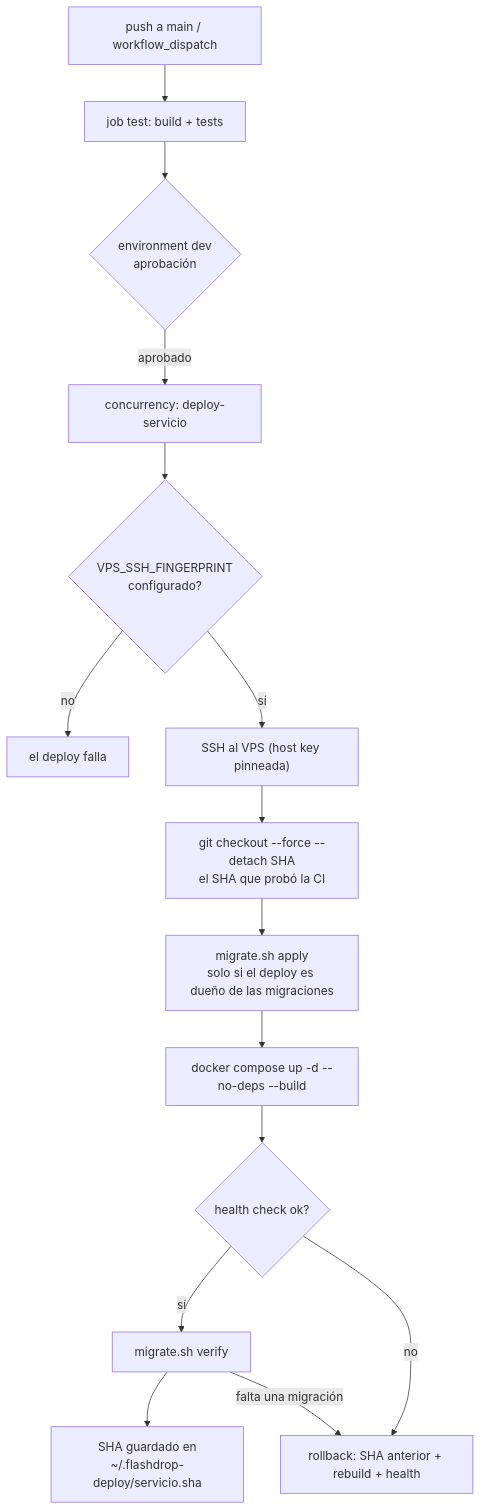
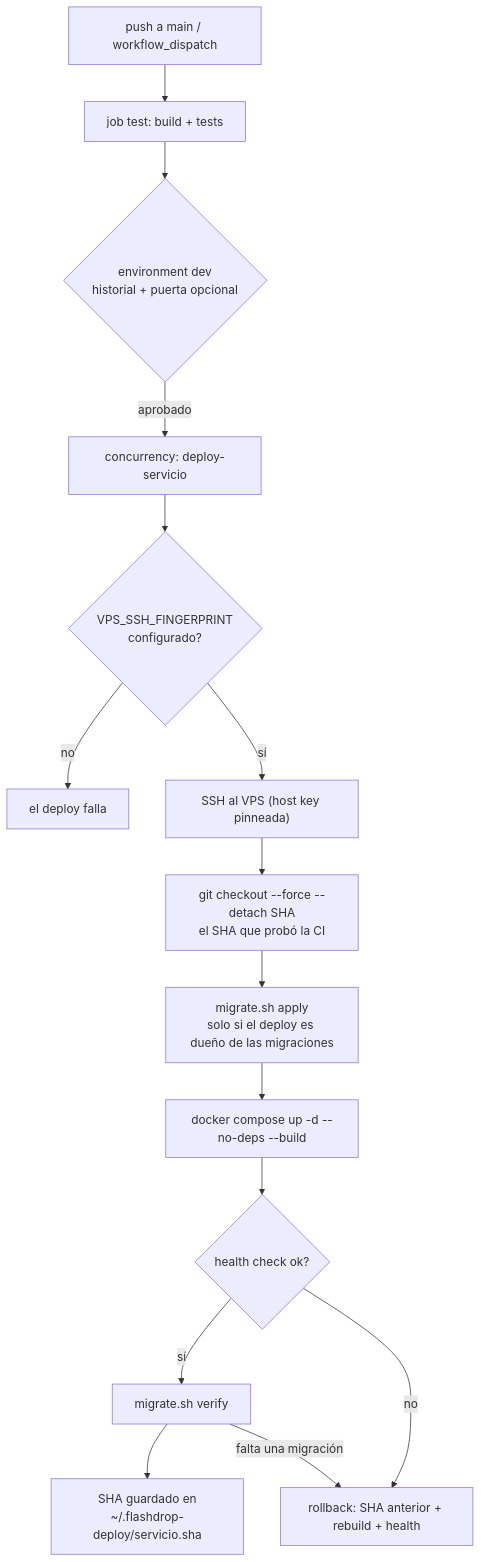
Before and after one commit to GessofDev/Flashdrop: the diagram in docs/deploy.md, drawn with Mermaid. The commit also changed other lines of this file and 4 other files, not shown here.

````diff
--- a/docs/deploy.md
+++ b/docs/deploy.md
@@ -51,17 +53,17 @@
 ```mermaid
 flowchart TD
   A["push a main / workflow_dispatch"] --> B["job test: build + tests"]
-  B --> C{"environment dev<br/>aprobación"}
+  B --> C{"environment dev<br/>historial + puerta opcional"}
   C -->|"aprobado"| D["concurrency: deploy-servicio"]
   D --> E{"VPS_SSH_FINGERPRINT<br/>configurado?"}
   E -->|"no"| F["el deploy falla"]
   E -->|"sí"| G["SSH al VPS (host key pinneada)"]
   G --> H["git checkout --force --detach SHA<br/>el SHA que probó la CI"]
   H --> I["migrate.sh apply<br/>solo si el deploy es dueño de las migraciones"]
   I --> J["docker compose up -d --no-deps --build"]
   J --> K{"health check ok?"}
   K -->|"sí"| L["migrate.sh verify"]
   L --> M["SHA guardado en<br/>~/.flashdrop-deploy/servicio.sha"]
   K -->|"no"| N["rollback: SHA anterior + rebuild + health"]
   L -->|"falta una migración"| N
 ```
````
